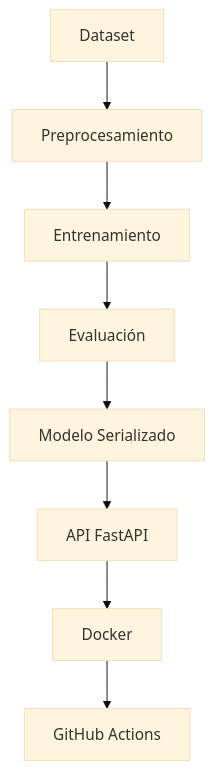
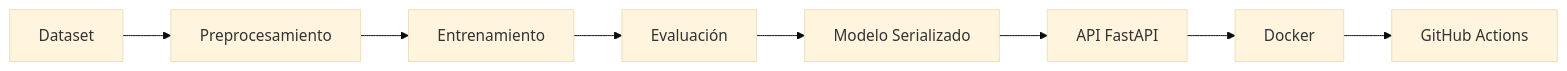
One commit to cbarrientos-beep/obesity-ml-cloud-api changed the second of 4 diagrams in README.md. Above: the diagram before and after it, drawn with Mermaid (base theme). The commit also changed other lines of this file, not shown here.

````diff
--- a/README.md
+++ b/README.md
@@ -117,33 +101,10 @@
 ```mermaid
-flowchart TD
-
-A[Dataset]
-
--->
-
-B[Preprocesamiento]
-
--->
-
-C[Entrenamiento]
-
--->
-
-D[Evaluación]
-
--->
-
-E[Modelo Serializado]
-
--->
-
-F[API FastAPI]
-
--->
-
-G[Docker]
-
--->
-
-H[GitHub Actions]
+flowchart LR
+    A[Dataset] --> B[Preprocesamiento]
+    B --> C[Entrenamiento]
+    C --> D[Evaluación]
+    D --> E[Modelo Serializado]
+    E --> F[API FastAPI]
+    F --> G[Docker]
+    G --> H[GitHub Actions]
 ```
````
